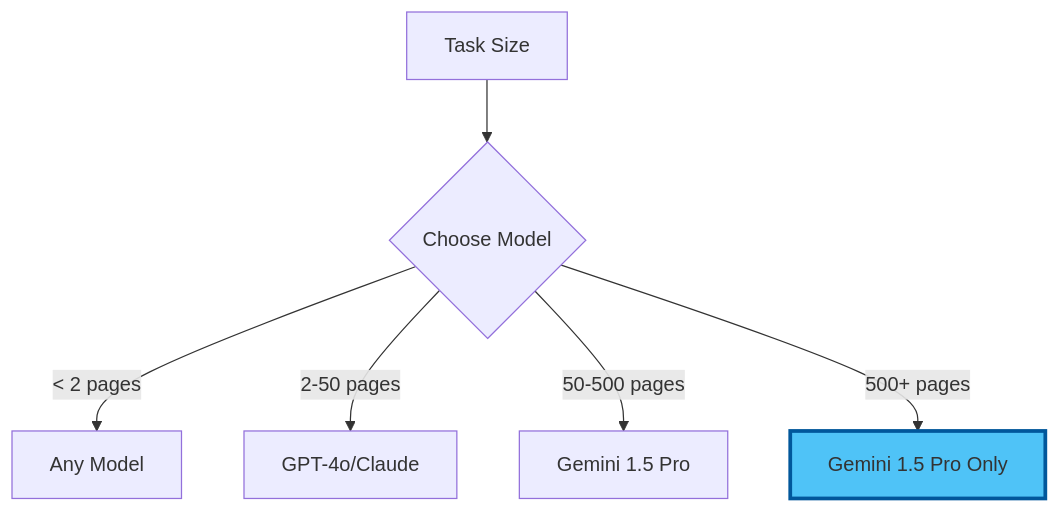
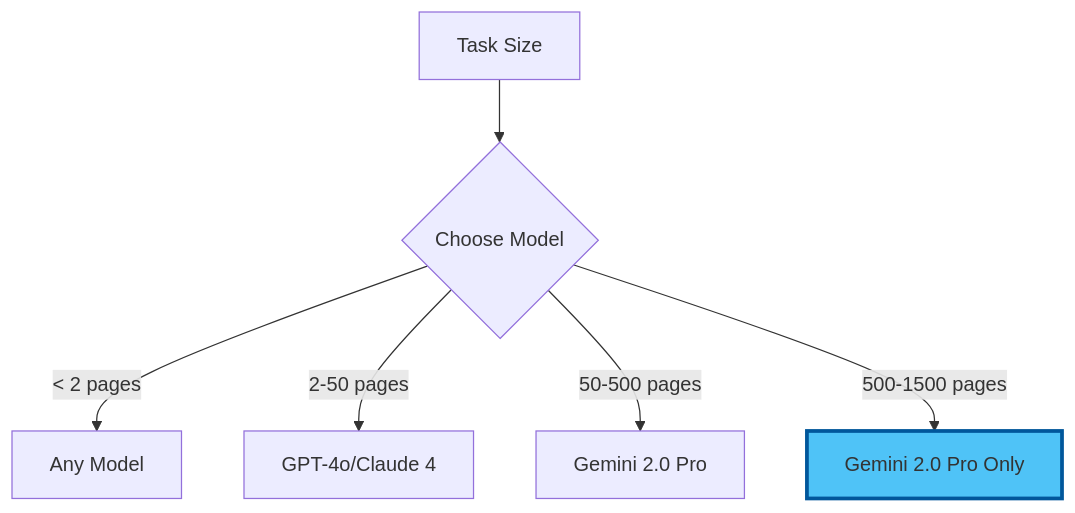
Before and after one commit to DreamLab-AI/dreamlab-ai-website: the diagram in public/data/workshops/workshop-02-morning-ai-api-access/03_exercises.md, drawn with Mermaid. The commit also changed other lines of this file and 34 other files, not shown here.

````diff
--- a/public/data/workshops/workshop-02-morning-ai-api-access/03_exercises.md
+++ b/public/data/workshops/workshop-02-morning-ai-api-access/03_exercises.md
@@ -257,10 +258,10 @@
 ```mermaid
 graph TD
     A[Task Size] --> B{Choose Model}
     B -->|< 2 pages| C[Any Model]
-    B -->|2-50 pages| D[GPT-4o/Claude]
-    B -->|50-500 pages| E[Gemini 1.5 Pro]
-    B -->|500+ pages| F[Gemini 1.5 Pro Only]
+    B -->|2-50 pages| D[GPT-4o/Claude 4]
+    B -->|50-500 pages| E[Gemini 2.0 Pro]
+    B -->|500-1500 pages| F[Gemini 2.0 Pro Only]
     
     style F fill:#4fc3f7,stroke:#01579b,stroke-width:3px
 ```
````
